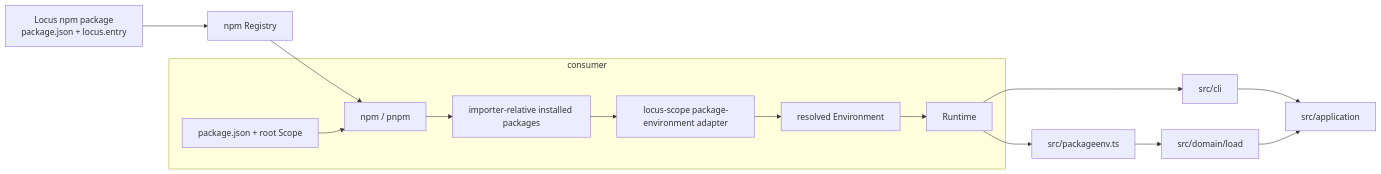
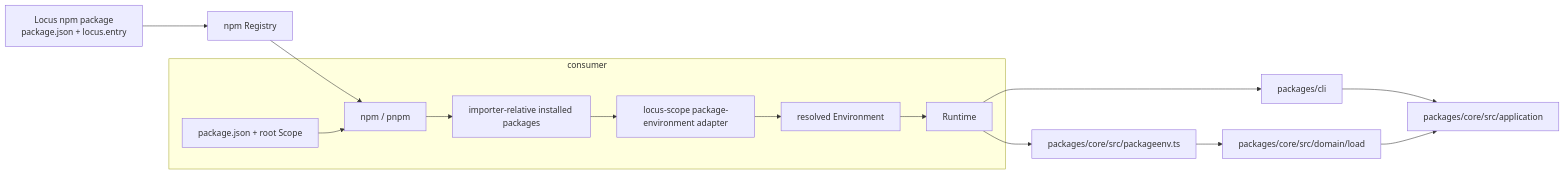
Before and after one commit to SWdrift/locus-scope: the diagram in documents/design/Package设计.md, drawn with Mermaid. The commit also changed other lines of this file and 69 other files, not shown here.

Commit message:
feat: 完成4.1.0核心图能力与分包发布文档

````diff
--- a/documents/design/Package设计.md
+++ b/documents/design/Package设计.md
@@ -15,23 +15,23 @@
 ```mermaid
 flowchart LR
     Source["Locus npm package<br/>package.json + locus.entry"] --> Registry["npm Registry"]
     Registry --> PM["npm / pnpm"]
 
     subgraph Consumer["consumer"]
         Root["package.json + root Scope"]
         Modules["importer-relative installed packages"]
         Adapter["locus-scope package-environment adapter"]
         Environment["resolved Environment"]
         Root --> PM
         PM --> Modules
         Modules --> Adapter
         Adapter --> Environment
         Environment --> Runtime
     end
 
-    Runtime --> PackageEnv["src/packageenv.ts"]
-    PackageEnv --> Loader["src/domain/load"]
-    Runtime --> CLI["src/cli"]
-    CLI --> App["src/application"]
+    Runtime --> PackageEnv["packages/core/src/packageenv.ts"]
+    PackageEnv --> Loader["packages/core/src/domain/load"]
+    Runtime --> CLI["packages/cli"]
+    CLI --> App["packages/core/src/application"]
     Loader --> App
 ```
````
